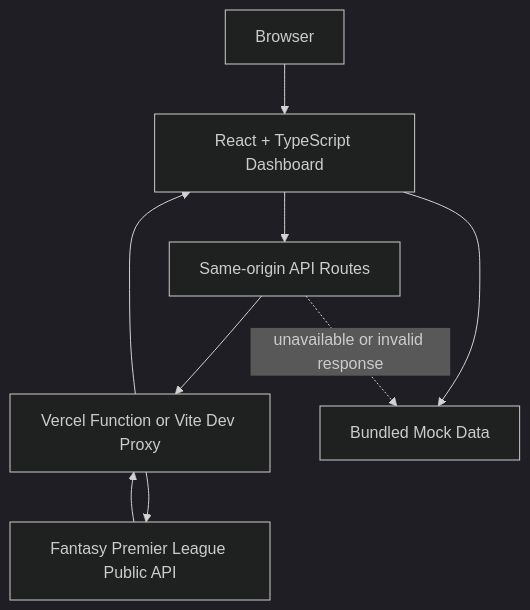
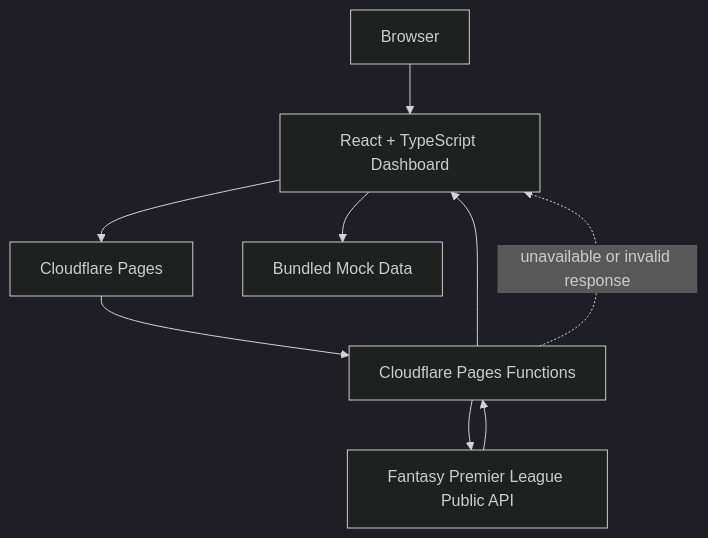
One commit to robinmwaniki/fpl_analytics_Dashboard changed the first of 2 diagrams in README.md. Above: the diagram before and after it, drawn with Mermaid (dark theme). The commit also changed other lines of this file and 11 other files, not shown here.

First line of the commit message:
release: deploy FPL dashboard on Cloudflare Pages (#19)

````diff
--- a/README.md
+++ b/README.md
@@ -46,11 +46,11 @@
 ```mermaid
 flowchart TD
     USER[Browser] --> UI[React + TypeScript Dashboard]
-    UI --> API[Same-origin API Routes]
-    API --> PROXY[Vercel Function or Vite Dev Proxy]
-    PROXY --> FPL[Fantasy Premier League Public API]
-    FPL --> PROXY
-    PROXY --> UI
+    UI --> PAGES[Cloudflare Pages]
+    PAGES --> FN[Cloudflare Pages Functions]
+    FN --> FPL[Fantasy Premier League Public API]
+    FPL --> FN
+    FN --> UI
     UI --> MOCK[Bundled Mock Data]
-    API -. unavailable or invalid response .-> MOCK
+    FN -. unavailable or invalid response .-> UI
 ```
````
